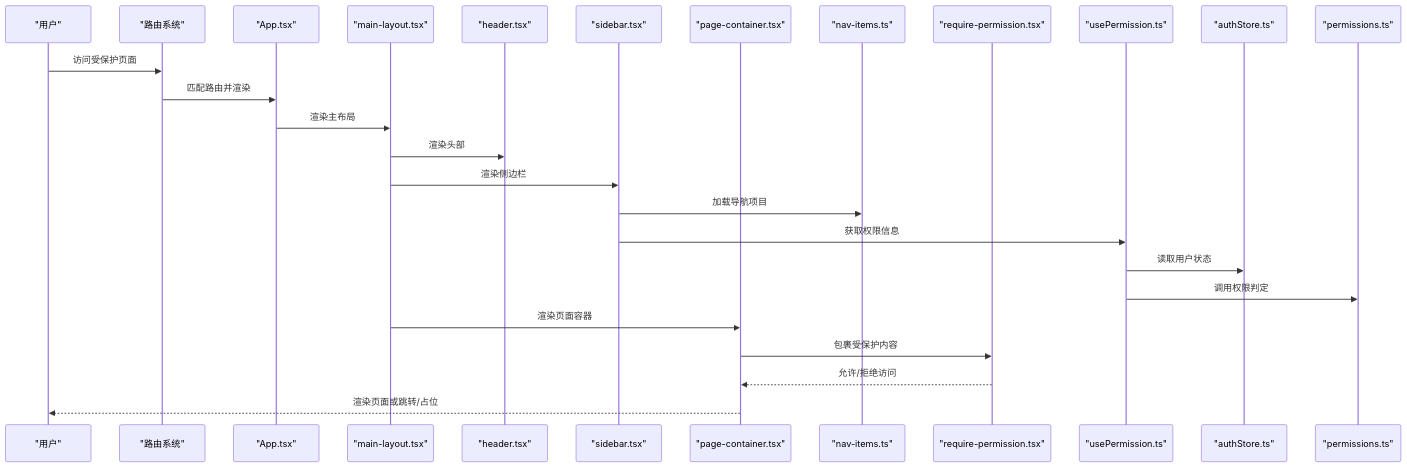
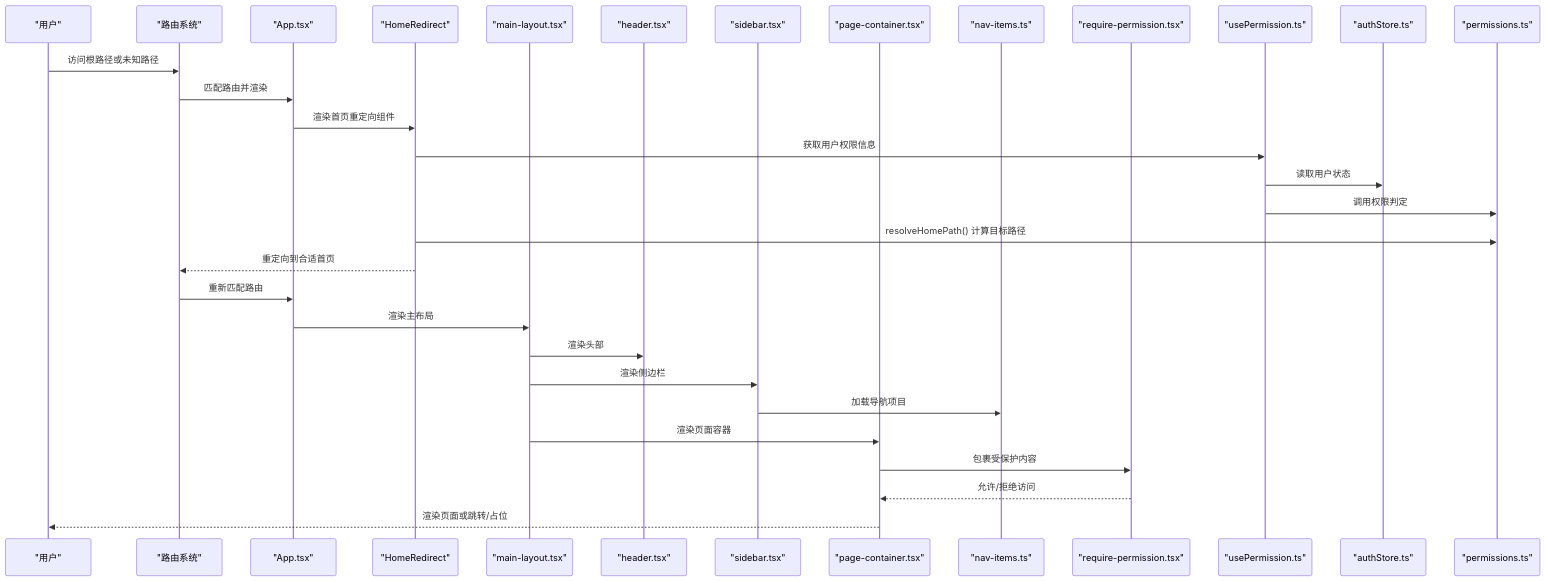
Before and after one commit to Damao997/newproject: the second of 4 diagrams in .qoder/repowiki/zh/content/架构设计/组件架构/布局组件/布局组件.md, drawn with Mermaid. The commit also changed other lines of this file and 57 other files, not shown here.

````diff
--- a/.qoder/repowiki/zh/content/架构设计/组件架构/布局组件/布局组件.md
+++ b/.qoder/repowiki/zh/content/架构设计/组件架构/布局组件/布局组件.md
@@ -131,28 +138,33 @@
 ```mermaid
 sequenceDiagram
 participant U as "用户"
 participant R as "路由系统"
 participant A as "App.tsx"
+participant HR as "HomeRedirect"
 participant M as "main-layout.tsx"
 participant H as "header.tsx"
 participant S as "sidebar.tsx"
 participant P as "page-container.tsx"
 participant N as "nav-items.ts"
 participant RP as "require-permission.tsx"
 participant UP as "usePermission.ts"
 participant AS as "authStore.ts"
 participant PL as "permissions.ts"
-U->>R : 访问受保护页面
+U->>R : 访问根路径或未知路径
 R->>A : 匹配路由并渲染
+A->>HR : 渲染首页重定向组件
+HR->>UP : 获取用户权限信息
+UP->>AS : 读取用户状态
+UP->>PL : 调用权限判定
+HR->>PL : resolveHomePath() 计算目标路径
+HR-->>R : 重定向到合适首页
+R->>A : 重新匹配路由
 A->>M : 渲染主布局
 M->>H : 渲染头部
 M->>S : 渲染侧边栏
 S->>N : 加载导航项目
-S->>UP : 获取权限信息
-UP->>AS : 读取用户状态
-UP->>PL : 调用权限判定
 M->>P : 渲染页面容器
 P->>RP : 包裹受保护内容
 RP-->>P : 允许/拒绝访问
 P-->>U : 渲染页面或跳转/占位
 ```
````
